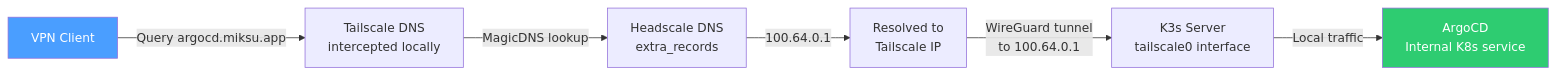
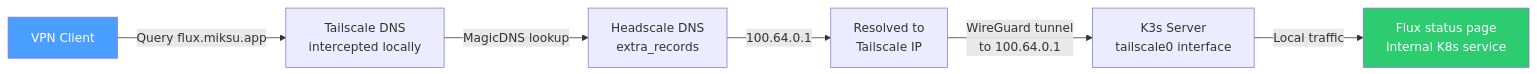
One commit to MikaelSiidorow/systems changed the fourth of 4 diagrams in docs/headscale-network-diagram.md. Above: the diagram before and after it, drawn with Mermaid. The commit also changed other lines of this file and 22 other files, not shown here.

First line of the commit message:
chore(flux): remove argo cd and tofu/k8s (#355)

````diff
--- a/docs/headscale-network-diagram.md
+++ b/docs/headscale-network-diagram.md
@@ -136,11 +136,11 @@
 ```mermaid
 flowchart LR
-    CLIENT[VPN Client] -->|Query argocd.miksu.app| TS_DNS[Tailscale DNS<br/>intercepted locally]
+    CLIENT[VPN Client] -->|Query flux.miksu.app| TS_DNS[Tailscale DNS<br/>intercepted locally]
     TS_DNS -->|MagicDNS lookup| HS_DNS[Headscale DNS<br/>extra_records]
     HS_DNS -->|100.64.0.1| RESOLVE[Resolved to<br/>Tailscale IP]
     RESOLVE -->|WireGuard tunnel<br/>to 100.64.0.1| SERVER[K3s Server<br/>tailscale0 interface]
-    SERVER -->|Local traffic| ARGOCD[ArgoCD<br/>Internal K8s service]
+    SERVER -->|Local traffic| FLUXUI[Flux status page<br/>Internal K8s service]
 
     style CLIENT fill:#4a9eff,color:#fff
-    style ARGOCD fill:#2ecc71,color:#fff
+    style FLUXUI fill:#2ecc71,color:#fff
 ```
````
